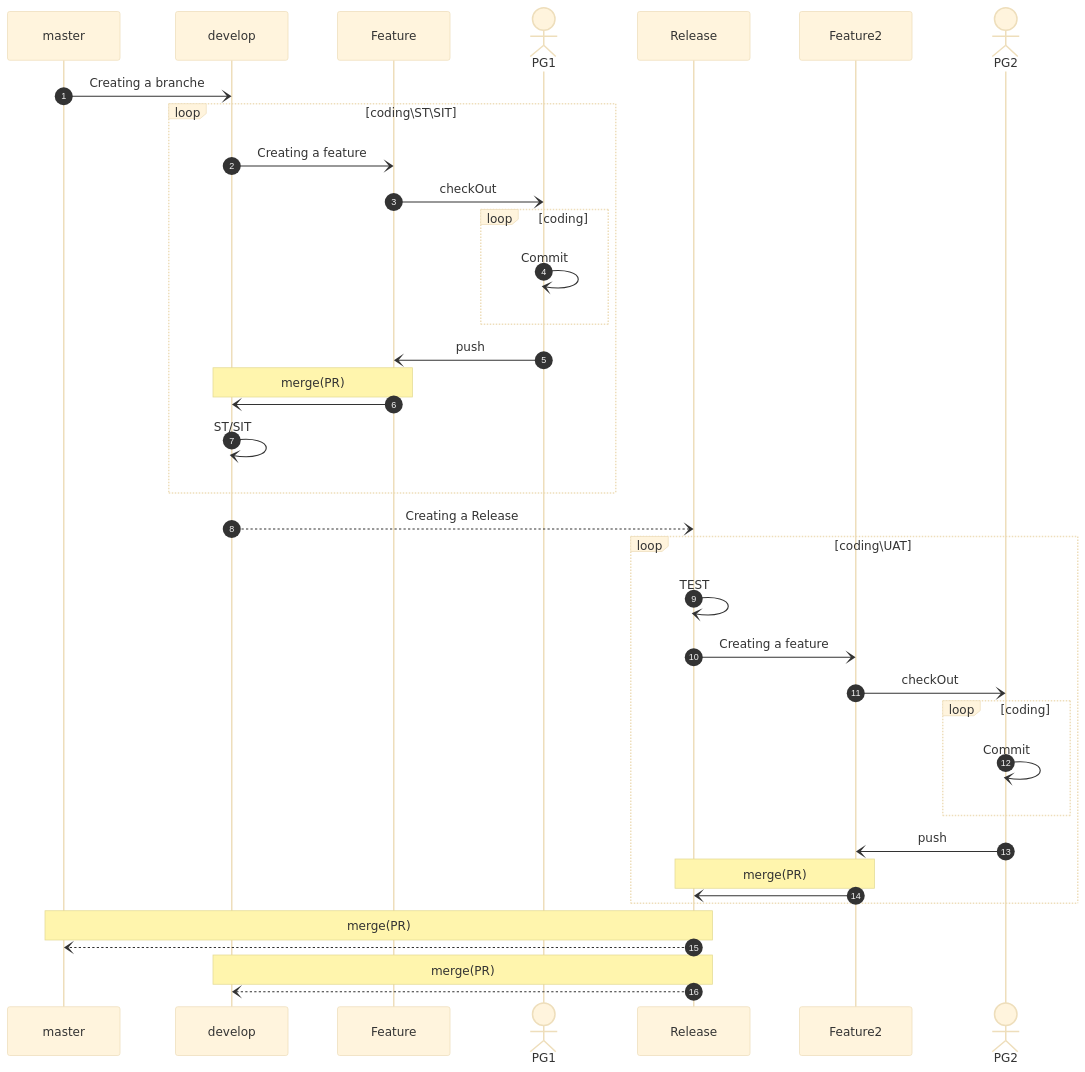
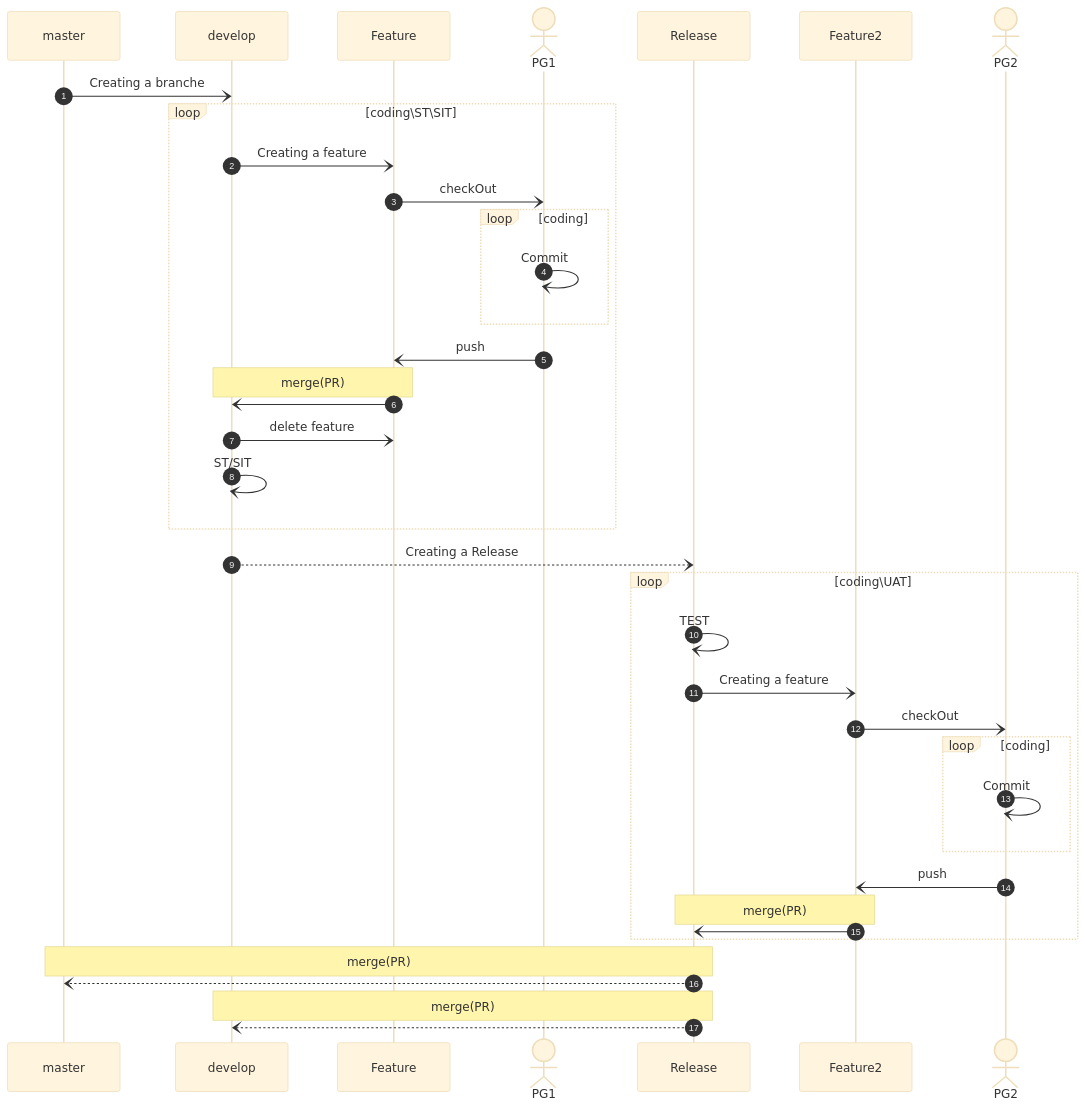
One commit to robbin0919/GITLAB changed the diagram in branching-strategy/A_successful_Git_branching_model.md. Above: the diagram before and after it, drawn with Mermaid (base theme). The commit also changed other lines of this file, not shown here.

````diff
--- a/branching-strategy/A_successful_Git_branching_model.md
+++ b/branching-strategy/A_successful_Git_branching_model.md
@@ -9,42 +9,43 @@
 ```mermaid
 
  sequenceDiagram
     autonumber
     participant  master
     participant  develop
     participant  Feature
     actor PG1
     participant  Release
     participant  Feature2
     actor PG2
 
     master -) develop:Creating a branche
     loop coding\ST\SIT
     develop -)Feature: Creating a feature  
     Feature -)PG1: checkOut
     loop coding
     PG1 -)PG1: Commit
     end
     PG1 -) Feature:push 
     Note over develop,Feature:merge(PR)     
     Feature -)develop:  
+    develop -)Feature: delete feature  
     develop-)develop: ST/SIT  
     end     
     develop--)Release: Creating a Release
    loop coding\UAT 
     Release -)Release: TEST
     Release -)Feature2: Creating a feature  
     Feature2 -)PG2: checkOut
     loop coding
     PG2 -)PG2: Commit
     end
     PG2 -) Feature2:push 
     Note over Release,Feature2:merge(PR) 
     Feature2 -) Release: 
     end
     Note over Release,master:merge(PR) 
     Release --)master: 
     Note over Release,develop:merge(PR) 
     Release --)develop : 
 
 ``` 
````
